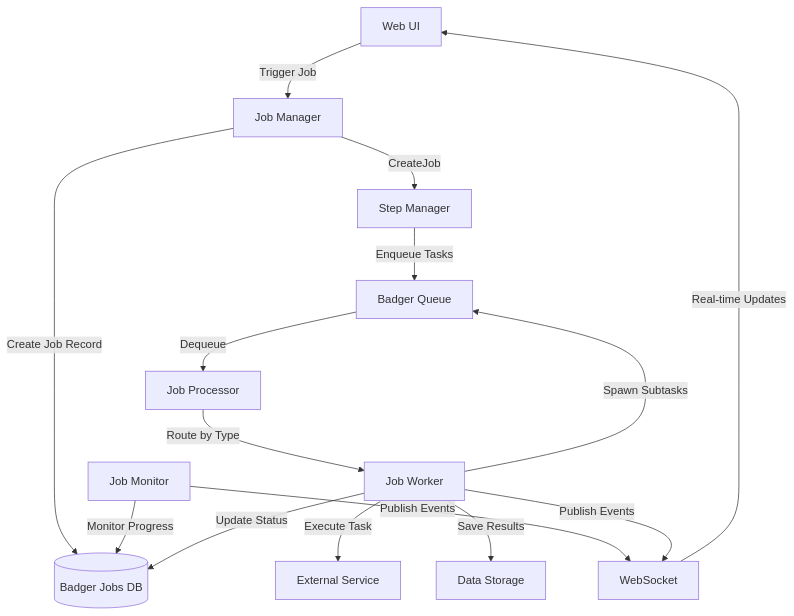
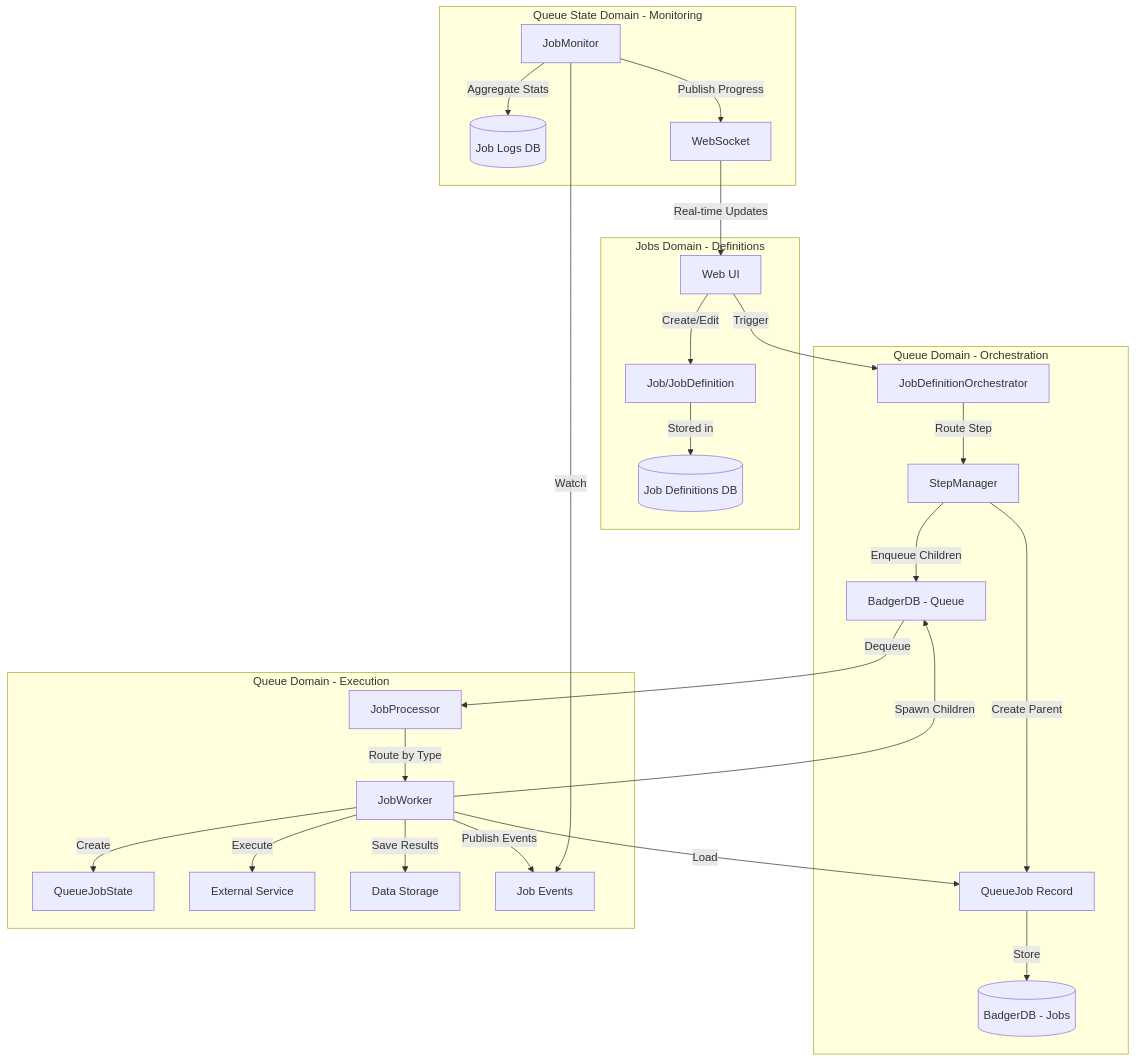
The diagram in docs/architecture/MANAGER_WORKER_ARCHITECTURE.md (ternarybob/quaero), drawn with Mermaid before and after one commit. The commit also changed other lines of this file and 8 other files, not shown here.

First line of the commit message:
Clean up architecture docs and update AGENTS.md with V2 naming conventions

````diff
--- a/docs/architecture/MANAGER_WORKER_ARCHITECTURE.md
+++ b/docs/architecture/MANAGER_WORKER_ARCHITECTURE.md
@@ -23,20 +41,33 @@
 ```mermaid
 graph TB
-    UI[Web UI] -->|Trigger Job| Manager[Job Manager]
-    Manager -->|Create Job Record| DB[(Badger Jobs DB)]
-    Manager -->|CreateJob| StepMgr[Step Manager]
-    StepMgr -->|Enqueue Tasks| Queue[Badger Queue]
+    subgraph "Jobs Domain - Definitions"
+        UI[Web UI] -->|Create/Edit| JobDef[Job/JobDefinition]
+        JobDef -->|Stored in| DefDB[(Job Definitions DB)]
+    end
 
-    Queue -->|Dequeue| Processor[Job Processor]
-    Processor -->|Route by Type| Worker[Job Worker]
-    Worker -->|Execute Task| Service[External Service]
-    Worker -->|Save Results| Storage[Data Storage]
-    Worker -->|Spawn Subtasks| Queue
+    subgraph "Queue Domain - Orchestration"
+        UI -->|Trigger| Orchestrator[JobDefinitionOrchestrator]
+        Orchestrator -->|Route Step| StepMgr[StepManager]
+        StepMgr -->|Create Parent| QueueJob[QueueJob Record]
+        QueueJob -->|Store| QueueDB[(BadgerDB - Jobs)]
+        StepMgr -->|Enqueue Children| Queue[BadgerDB - Queue]
+    end
 
-    Monitor[Job Monitor] -->|Monitor Progress| DB
-    Monitor -->|Publish Events| WS[WebSocket]
-    WS -->|Real-time Updates| UI
+    subgraph "Queue Domain - Execution"
+        Queue -->|Dequeue| Processor[JobProcessor]
+        Processor -->|Route by Type| Worker[JobWorker]
+        Worker -->|Load| QueueJob
+        Worker -->|Create| QueueState[QueueJobState]
+        Worker -->|Execute| Service[External Service]
+        Worker -->|Save Results| Storage[Data Storage]
+        Worker -->|Spawn Children| Queue
+        Worker -->|Publish Events| Events[Job Events]
+    end
 
-    Worker -->|Update Status| DB
-    Worker -->|Publish Events| WS
+    subgraph "Queue State Domain - Monitoring"
+        Monitor[JobMonitor] -->|Watch| Events
+        Monitor -->|Aggregate Stats| JobLogs[(Job Logs DB)]
+        Monitor -->|Publish Progress| WS[WebSocket]
+        WS -->|Real-time Updates| UI
+    end
 ```
````
